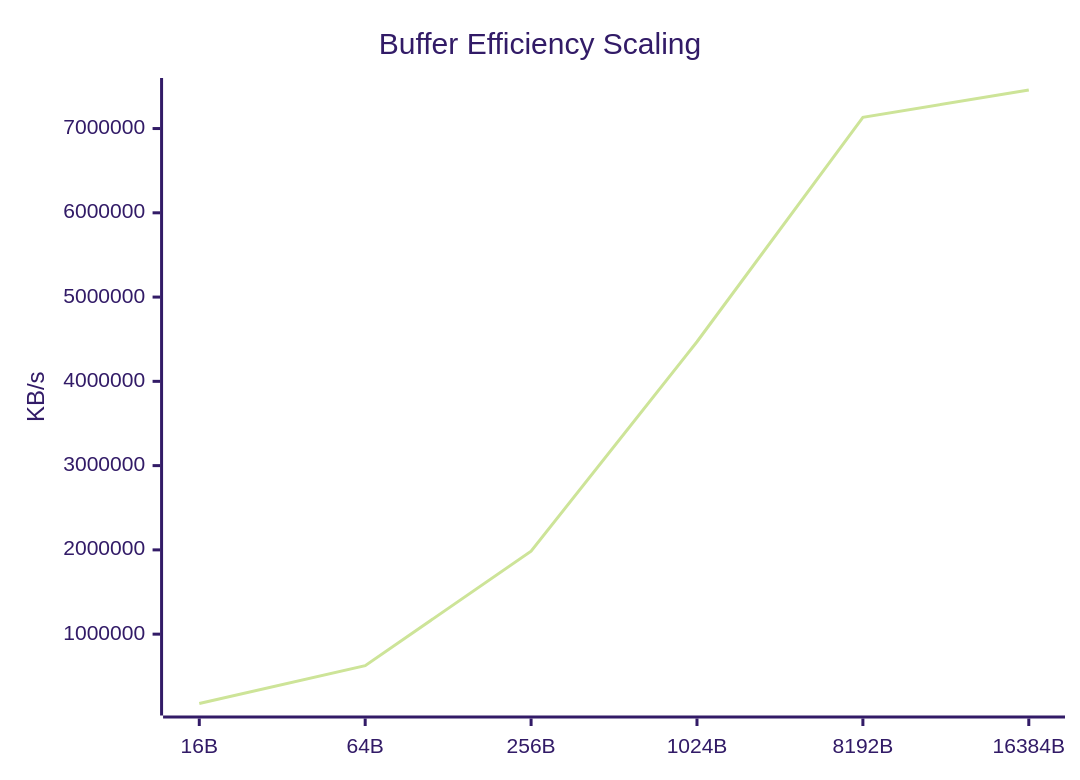
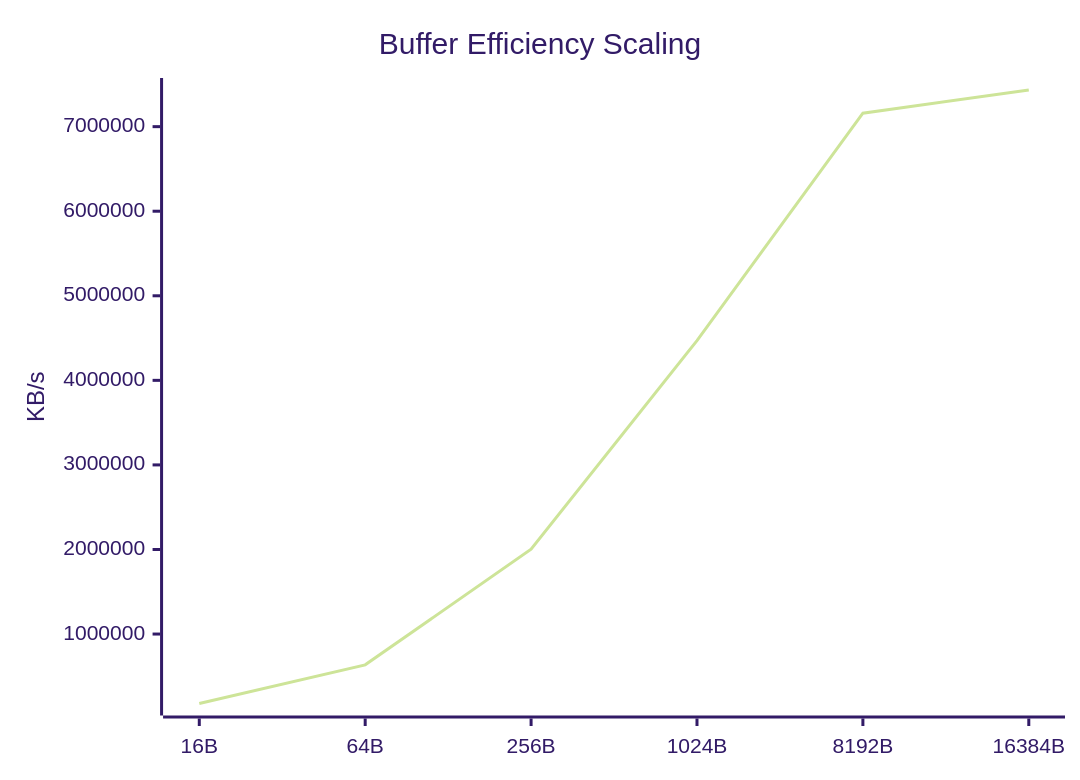
The seventh of 9 diagrams in docs/Comparison_Report.md (taha2samy/openssl_fips), drawn with Mermaid (forest theme) before and after one commit. The commit also changed other lines of this file and 2 other files, not shown here.

````diff
--- a/docs/Comparison_Report.md
+++ b/docs/Comparison_Report.md
@@ -110,7 +110,7 @@
 ```mermaid
 xychart-beta
     title "Buffer Efficiency Scaling"
     x-axis [16B, 64B, 256B, 1024B, 8192B, 16384B]
     y-axis "KB/s"
-    line [177045.3, 625981.09, 1983679.28, 4469940.84, 7132549.94, 7457375.85]
+    line [178699.47, 635695.08, 2003124.89, 4470499.53, 7159685.94, 7433422.44]
 ```
````
